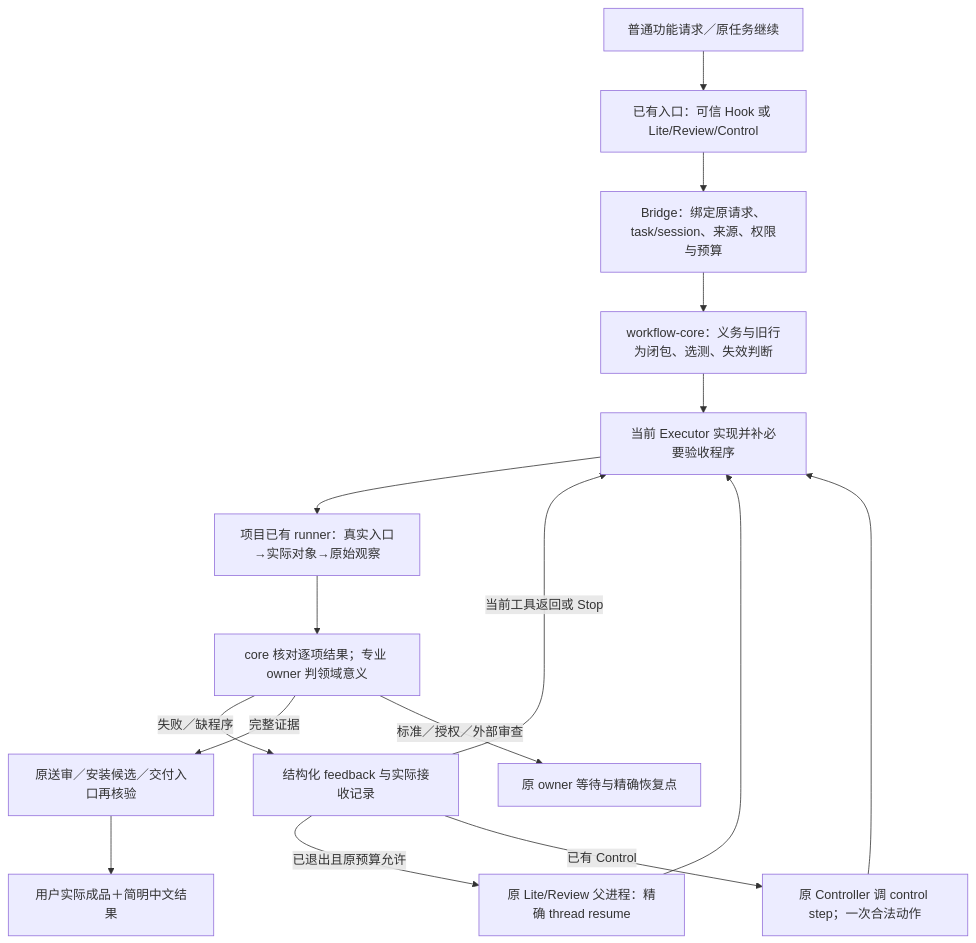
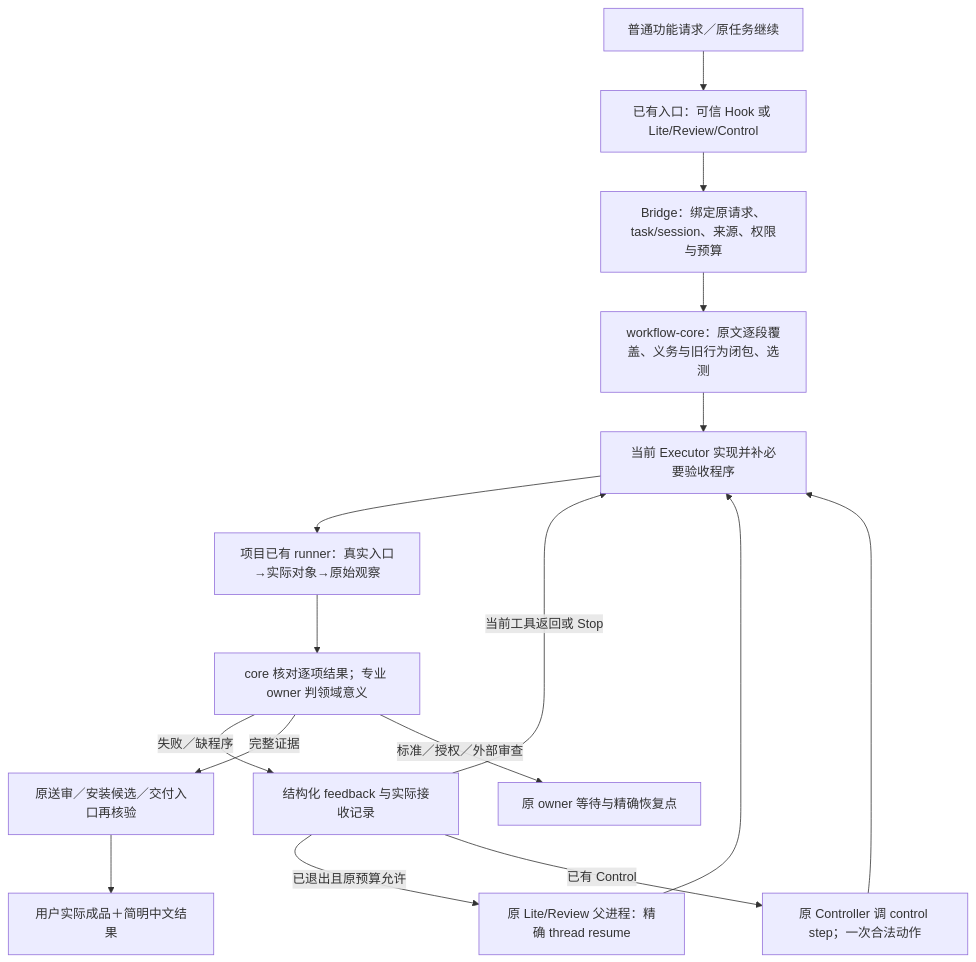
Before and after one commit to YuukiAS/AI_Research_Toolkit: the diagram in docs/research/software-production/22_DELIVERY_ASSURANCE_GLOBAL_WORK_RESEARCH_20261022/WORK_OUTPUT/02_ARCHITECTURE_AND_COMPONENTS.md, drawn with Mermaid. The commit also changed other lines of this file, not shown here.

````diff
--- a/docs/research/software-production/22_DELIVERY_ASSURANCE_GLOBAL_WORK_RESEARCH_20261022/WORK_OUTPUT/02_ARCHITECTURE_AND_COMPONENTS.md
+++ b/docs/research/software-production/22_DELIVERY_ASSURANCE_GLOBAL_WORK_RESEARCH_20261022/WORK_OUTPUT/02_ARCHITECTURE_AND_COMPONENTS.md
@@ -14,18 +14,18 @@
 ```mermaid
 flowchart TD
  U["普通功能请求／原任务继续"] --> E["已有入口：可信 Hook 或 Lite/Review/Control"]
  E --> I["Bridge：绑定原请求、task/session、来源、权限与预算"]
- I --> O["workflow-core：义务与旧行为闭包、选测、失效判断"]
+ I --> O["workflow-core：原文逐段覆盖、义务与旧行为闭包、选测"]
  O --> X["当前 Executor 实现并补必要验收程序"]
  X --> V["项目已有 runner：真实入口→实际对象→原始观察"]
  V --> J["core 核对逐项结果；专业 owner 判领域意义"]
  J -->|失败／缺程序| F["结构化 feedback 与实际接收记录"]
  F -->|当前工具返回或 Stop| X
  F -->|已退出且原预算允许| L["原 Lite/Review 父进程：精确 thread resume"]
  L --> X
  F -->|已有 Control| C["原 Controller 调 control step；一次合法动作"]
  C --> X
  J -->|完整证据| D["原送审／安装候选／交付入口再核验"]
  D --> P["用户实际成品＋简明中文结果"]
  J -->|标准／授权／外部审查| W["原 owner 等待与精确恢复点"]
 ```
````
